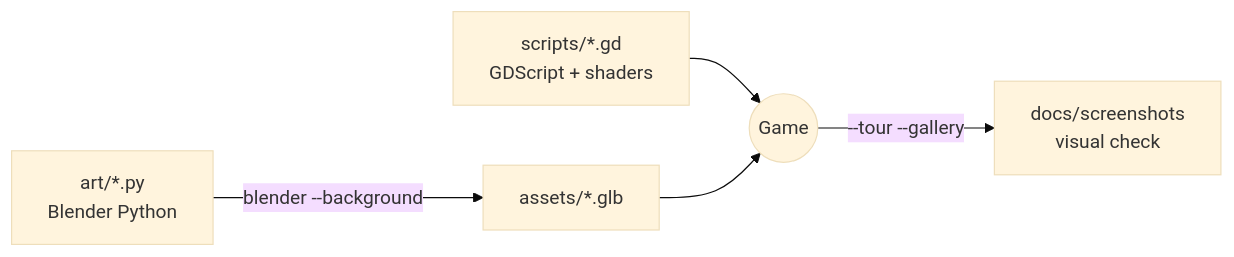
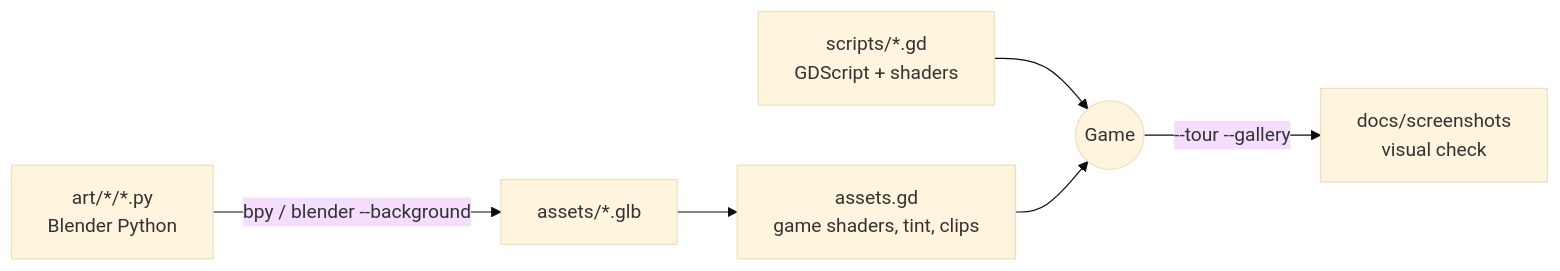
Before and after one commit to jgyy/timegox: the second of 6 diagrams in README.md, drawn with Mermaid (base theme). The commit also changed other lines of this file and 127 other files, not shown here.

Commit message:
Blender asset pipeline, graphics code doubled, Part V (+1 hour), bug fixes (#5)

````diff
--- a/README.md
+++ b/README.md
@@ -76,7 +92,8 @@
 ```mermaid
 flowchart LR
-    BS[art/*.py<br/>Blender Python] -->|blender --background| GLB[assets/*.glb]
+    BS[art/*/*.py<br/>Blender Python] -->|bpy / blender --background| GLB[assets/*.glb]
+    GLB --> AS[assets.gd<br/>game shaders, tint, clips]
     GD[scripts/*.gd<br/>GDScript + shaders] --> GAME((Game))
-    GLB --> GAME
+    AS --> GAME
     GAME -->|--tour --gallery| SHOT[docs/screenshots<br/>visual check]
 ```
````
